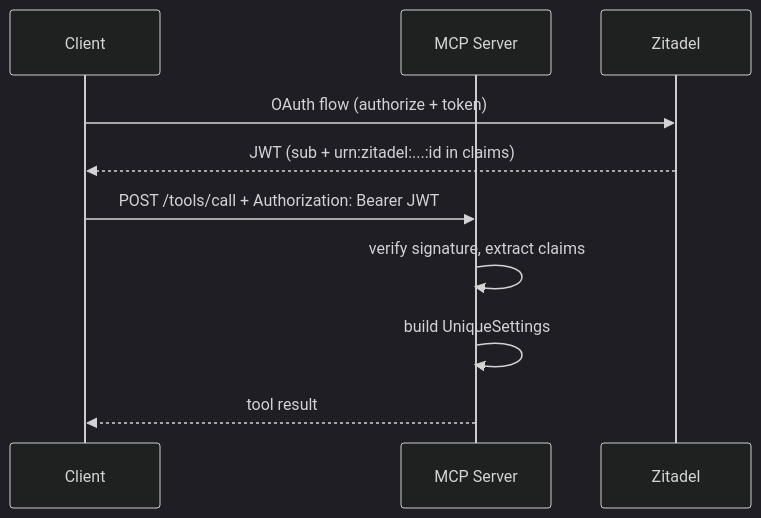
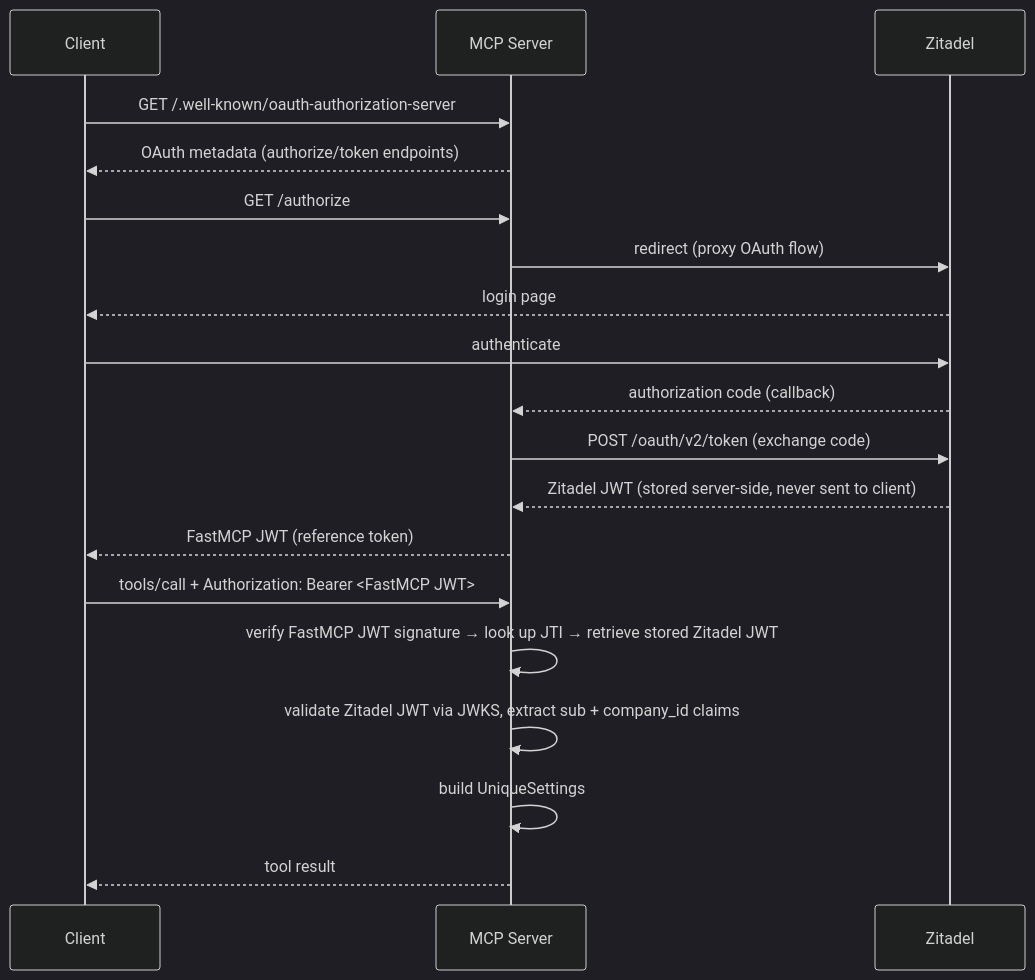
One commit to Unique-AG/ai changed the second of 4 diagrams in unique_mcp/README.md. Above: the diagram before and after it, drawn with Mermaid (dark theme). The commit also changed other lines of this file, not shown here.

First line of the commit message:
docs(unique-mcp): correct auth flow to show token swap pattern

````diff
--- a/unique_mcp/README.md
+++ b/unique_mcp/README.md
@@ -103,13 +108,23 @@
 ```mermaid
 sequenceDiagram
     participant Client
     participant MCP as MCP Server
     participant Zitadel
 
-    Client->>Zitadel: OAuth flow (authorize + token)
-    Zitadel-->>Client: JWT (sub + urn:zitadel:...:id in claims)
-    Client->>MCP: POST /tools/call + Authorization: Bearer JWT
-    MCP->>MCP: verify signature, extract claims
+    Client->>MCP: GET /.well-known/oauth-authorization-server
+    MCP-->>Client: OAuth metadata (authorize/token endpoints)
+    Client->>MCP: GET /authorize
+    MCP->>Zitadel: redirect (proxy OAuth flow)
+    Zitadel-->>Client: login page
+    Client->>Zitadel: authenticate
+    Zitadel-->>MCP: authorization code (callback)
+    MCP->>Zitadel: POST /oauth/v2/token (exchange code)
+    Zitadel-->>MCP: Zitadel JWT (stored server-side, never sent to client)
+    MCP-->>Client: FastMCP JWT (reference token)
+
+    Client->>MCP: tools/call + Authorization: Bearer <FastMCP JWT>
+    MCP->>MCP: verify FastMCP JWT signature → look up JTI → retrieve stored Zitadel JWT
+    MCP->>MCP: validate Zitadel JWT via JWKS, extract sub + company_id claims
     MCP->>MCP: build UniqueSettings
     MCP-->>Client: tool result
 ```
````
